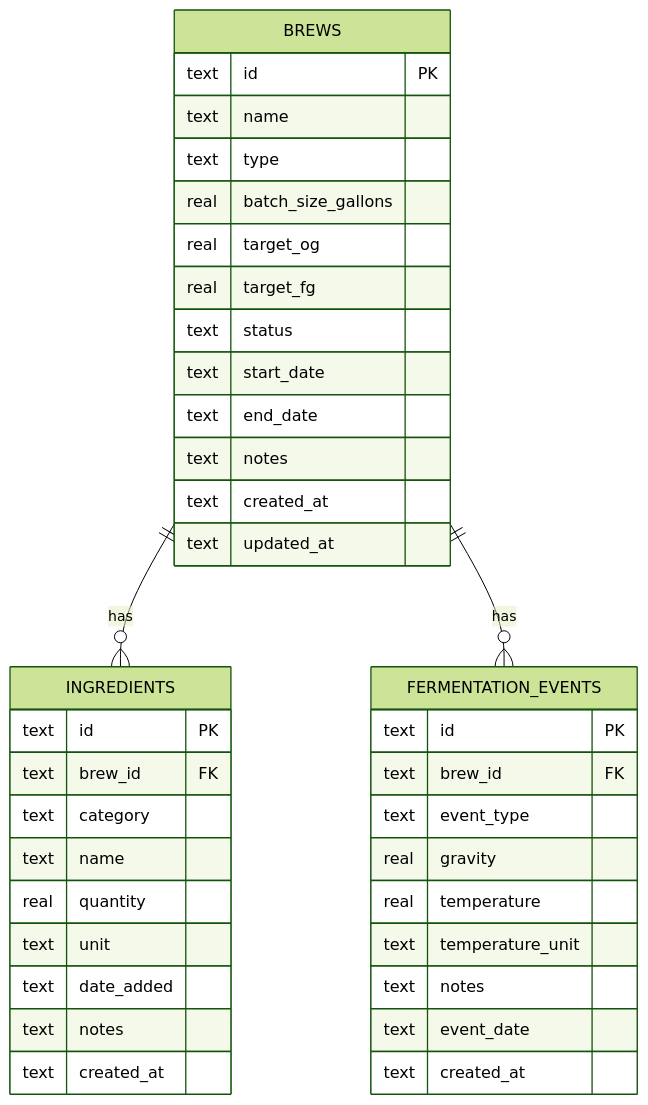
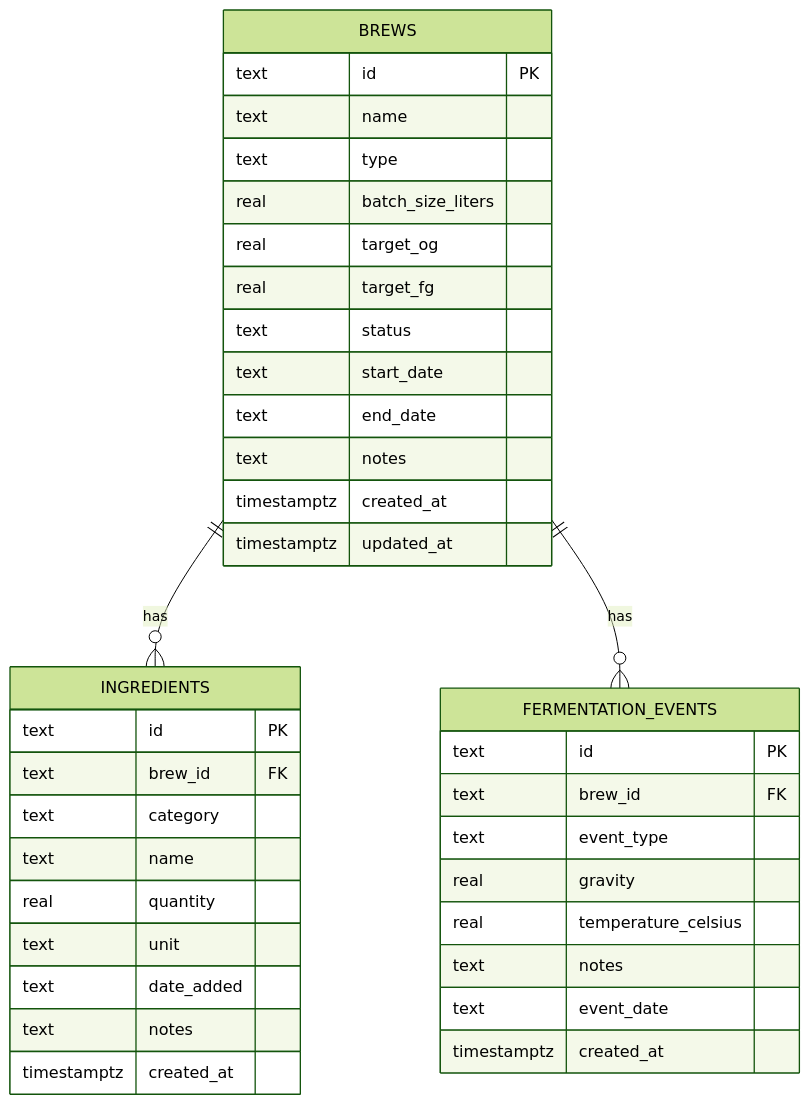
Before and after one commit to vivekmaru/brewlog: the second of 4 diagrams in ARCHITECTURE.md, drawn with Mermaid (forest theme). The commit also changed other lines of this file, not shown here.

First line of the commit message:
Replace Next.js architecture with React 19 SPA + serverless backend, convert to metric units

````diff
--- a/ARCHITECTURE.md
+++ b/ARCHITECTURE.md
@@ -57,44 +65,43 @@
 ```mermaid
 erDiagram
     BREWS ||--o{ INGREDIENTS : has
     BREWS ||--o{ FERMENTATION_EVENTS : has
 
     BREWS {
         text id PK
         text name
         text type
-        real batch_size_gallons
+        real batch_size_liters
         real target_og
         real target_fg
         text status
         text start_date
         text end_date
         text notes
-        text created_at
-        text updated_at
+        timestamptz created_at
+        timestamptz updated_at
     }
 
     INGREDIENTS {
         text id PK
         text brew_id FK
         text category
         text name
         real quantity
         text unit
         text date_added
         text notes
-        text created_at
+        timestamptz created_at
     }
 
     FERMENTATION_EVENTS {
         text id PK
         text brew_id FK
         text event_type
         real gravity
-        real temperature
-        text temperature_unit
+        real temperature_celsius
         text notes
         text event_date
-        text created_at
+        timestamptz created_at
     }
 ```
````
